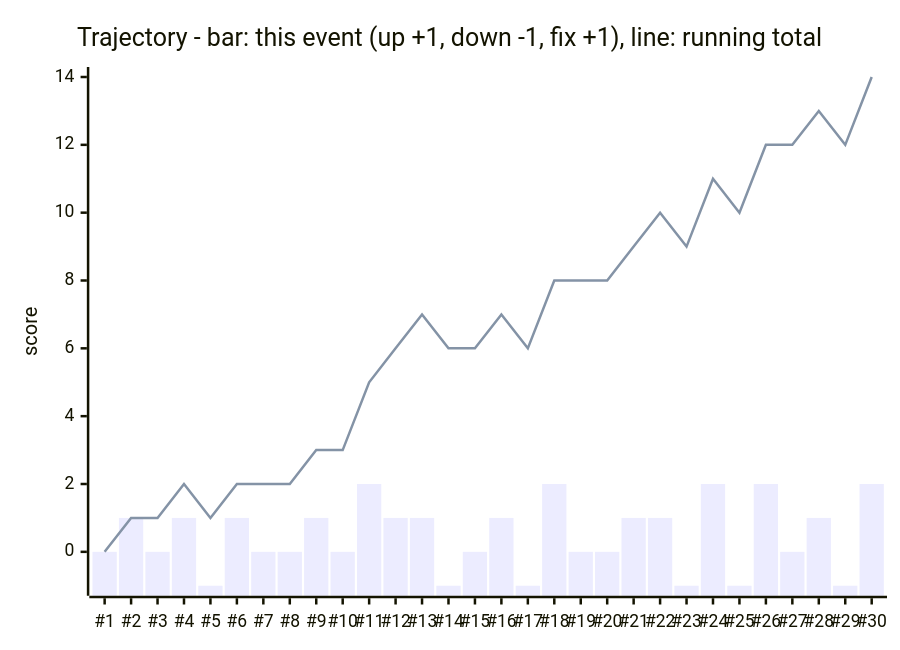
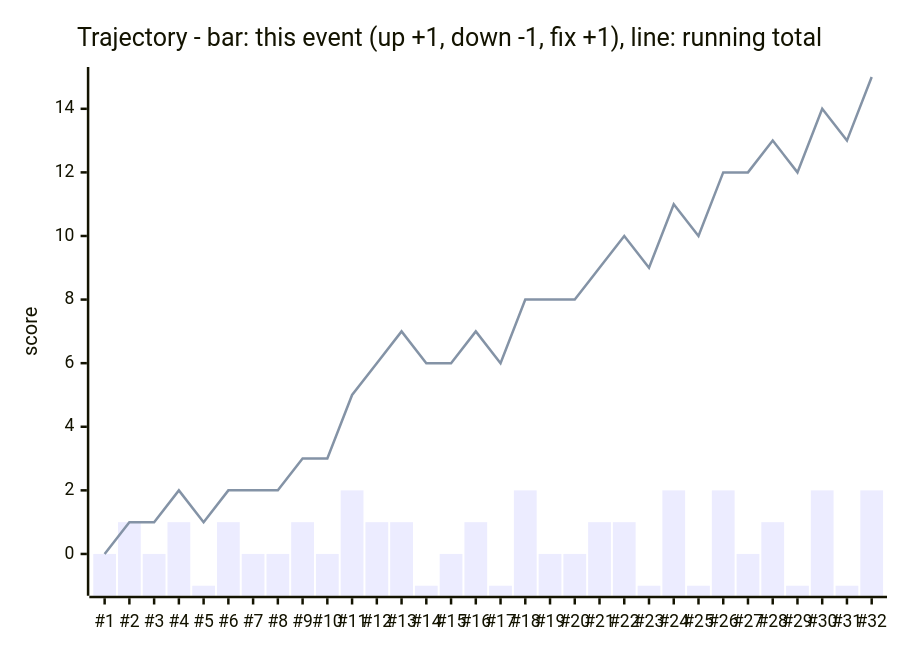
Before and after one commit to mahdighandi1989/Lifemanager: the fourth of 5 diagrams in apps/learning-architecture/docs/HANDBOOK.md, drawn with Mermaid. The commit also changed other lines of this file and 46 other files, not shown here.

````diff
--- a/apps/learning-architecture/docs/HANDBOOK.md
+++ b/apps/learning-architecture/docs/HANDBOOK.md
@@ -341,8 +360,8 @@
 ```mermaid
 xychart-beta
     title "Trajectory - bar: this event (up +1, down -1, fix +1), line: running total"
-    x-axis ["#1", "#2", "#3", "#4", "#5", "#6", "#7", "#8", "#9", "#10", "#11", "#12", "#13", "#14", "#15", "#16", "#17", "#18", "#19", "#20", "#21", "#22", "#23", "#24", "#25", "#26", "#27", "#28", "#29", "#30"]
-    y-axis "score" -1 --> 14
-    bar [0, 1, 0, 1, -1, 1, 0, 0, 1, 0, 2, 1, 1, -1, 0, 1, -1, 2, 0, 0, 1, 1, -1, 2, -1, 2, 0, 1, -1, 2]
-    line [0, 1, 1, 2, 1, 2, 2, 2, 3, 3, 5, 6, 7, 6, 6, 7, 6, 8, 8, 8, 9, 10, 9, 11, 10, 12, 12, 13, 12, 14]
+    x-axis ["#1", "#2", "#3", "#4", "#5", "#6", "#7", "#8", "#9", "#10", "#11", "#12", "#13", "#14", "#15", "#16", "#17", "#18", "#19", "#20", "#21", "#22", "#23", "#24", "#25", "#26", "#27", "#28", "#29", "#30", "#31", "#32"]
+    y-axis "score" -1 --> 15
+    bar [0, 1, 0, 1, -1, 1, 0, 0, 1, 0, 2, 1, 1, -1, 0, 1, -1, 2, 0, 0, 1, 1, -1, 2, -1, 2, 0, 1, -1, 2, -1, 2]
+    line [0, 1, 1, 2, 1, 2, 2, 2, 3, 3, 5, 6, 7, 6, 6, 7, 6, 8, 8, 8, 9, 10, 9, 11, 10, 12, 12, 13, 12, 14, 13, 15]
 ```
````
